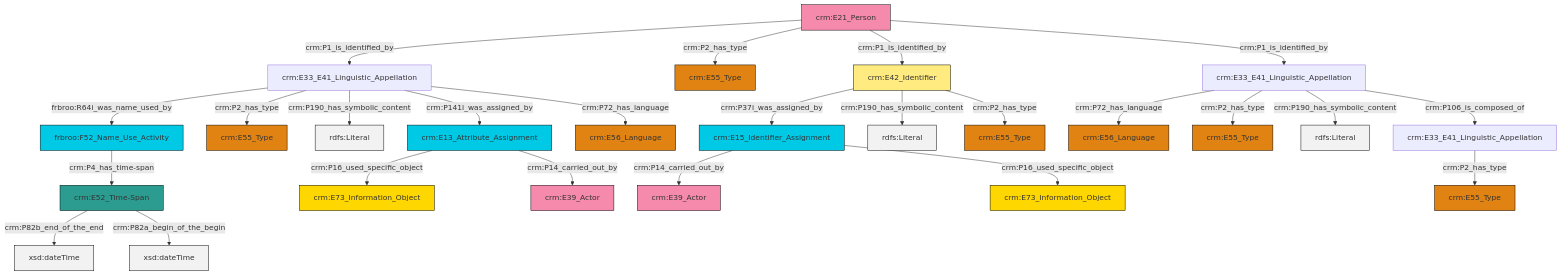
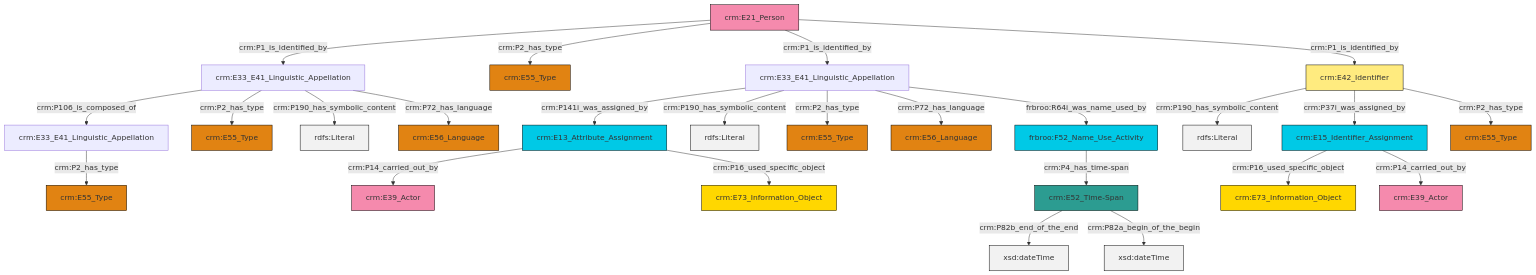
The diagram in et/personCSV/ttl/mmd/Person_Names_and_Classification.ttl.mmd (swiss-art-research-net/docs.swissartresearch), drawn with Mermaid before and after one commit. The commit also changed 173 other files, not shown here.

```diff
--- a/et/personCSV/ttl/mmd/Person_Names_and_Classification.ttl.mmd
+++ b/et/personCSV/ttl/mmd/Person_Names_and_Classification.ttl.mmd
@@ -1,39 +1,39 @@
 graph TD
 classDef Literal fill:#f2f2f2,stroke:#000000;
 classDef CRM_Entity fill:#FFFFFF,stroke:#000000;
 classDef Temporal_Entity fill:#00C9E6, stroke:#000000;
 classDef Type fill:#E18312, stroke:#000000;
 classDef Time-Span fill:#2C9C91, stroke:#000000;
 classDef Appellation fill:#FFEB7F, stroke:#000000;
 classDef Place fill:#008836, stroke:#000000;
 classDef Persistent_Item fill:#B266B2, stroke:#000000;
 classDef Conceptual_Object fill:#FFD700, stroke:#000000;
 classDef Physical_Thing fill:#D2B48C, stroke:#000000;
 classDef Actor fill:#f58aad, stroke:#000000;
 classDef PC_Classes fill:#4ce600, stroke:#000000;
 classDef Multi fill:#cccccc,stroke:#000000;
 
-0["crm:E33_E41_Linguistic_Appellation"]:::Default -->|crm:P72_has_language| 1["crm:E56_Language"]:::Type
-13["crm:E33_E41_Linguistic_Appellation"]:::Default -->|frbroo:R64i_was_name_used_by| 14["frbroo:F52_Name_Use_Activity"]:::Temporal_Entity
-15["crm:E42_Identifier"]:::Appellation -->|crm:P37i_was_assigned_by| 16["crm:E15_Identifier_Assignment"]:::Temporal_Entity
-13["crm:E33_E41_Linguistic_Appellation"]:::Default -->|crm:P2_has_type| 19["crm:E55_Type"]:::Type
-11["crm:E33_E41_Linguistic_Appellation"]:::Default -->|crm:P2_has_type| 21["crm:E55_Type"]:::Type
-0["crm:E33_E41_Linguistic_Appellation"]:::Default -->|crm:P2_has_type| 22["crm:E55_Type"]:::Type
-7["crm:E21_Person"]:::Actor -->|crm:P1_is_identified_by| 13["crm:E33_E41_Linguistic_Appellation"]:::Default
-26["crm:E52_Time-Span"]:::Time-Span -->|crm:P82b_end_of_the_end| 27[xsd:dateTime]:::Literal
-16["crm:E15_Identifier_Assignment"]:::Temporal_Entity -->|crm:P14_carried_out_by| 28["crm:E39_Actor"]:::Actor
-7["crm:E21_Person"]:::Actor -->|crm:P2_has_type| 9["crm:E55_Type"]:::Type
-13["crm:E33_E41_Linguistic_Appellation"]:::Default -->|crm:P190_has_symbolic_content| 31[rdfs:Literal]:::Literal
-16["crm:E15_Identifier_Assignment"]:::Temporal_Entity -->|crm:P16_used_specific_object| 34["crm:E73_Information_Object"]:::Conceptual_Object
-4["crm:E13_Attribute_Assignment"]:::Temporal_Entity -->|crm:P16_used_specific_object| 32["crm:E73_Information_Object"]:::Conceptual_Object
-15["crm:E42_Identifier"]:::Appellation -->|crm:P190_has_symbolic_content| 35[rdfs:Literal]:::Literal
-14["frbroo:F52_Name_Use_Activity"]:::Temporal_Entity -->|crm:P4_has_time-span| 26["crm:E52_Time-Span"]:::Time-Span
-4["crm:E13_Attribute_Assignment"]:::Temporal_Entity -->|crm:P14_carried_out_by| 37["crm:E39_Actor"]:::Actor
-7["crm:E21_Person"]:::Actor -->|crm:P1_is_identified_by| 15["crm:E42_Identifier"]:::Appellation
-7["crm:E21_Person"]:::Actor -->|crm:P1_is_identified_by| 0["crm:E33_E41_Linguistic_Appellation"]:::Default
-13["crm:E33_E41_Linguistic_Appellation"]:::Default -->|crm:P141i_was_assigned_by| 4["crm:E13_Attribute_Assignment"]:::Temporal_Entity
-0["crm:E33_E41_Linguistic_Appellation"]:::Default -->|crm:P190_has_symbolic_content| 41[rdfs:Literal]:::Literal
-15["crm:E42_Identifier"]:::Appellation -->|crm:P2_has_type| 17["crm:E55_Type"]:::Type
-0["crm:E33_E41_Linguistic_Appellation"]:::Default -->|crm:P106_is_composed_of| 11["crm:E33_E41_Linguistic_Appellation"]:::Default
-26["crm:E52_Time-Span"]:::Time-Span -->|crm:P82a_begin_of_the_begin| 46[xsd:dateTime]:::Literal
-13["crm:E33_E41_Linguistic_Appellation"]:::Default -->|crm:P72_has_language| 2["crm:E56_Language"]:::Type
+2["crm:E42_Identifier"]:::Appellation -->|crm:P190_has_symbolic_content| 4[rdfs:Literal]:::Literal
+5["crm:E21_Person"]:::Actor -->|crm:P1_is_identified_by| 6["crm:E33_E41_Linguistic_Appellation"]:::Default
+9["crm:E52_Time-Span"]:::Time-Span -->|crm:P82b_end_of_the_end| 10[xsd:dateTime]:::Literal
+5["crm:E21_Person"]:::Actor -->|crm:P2_has_type| 19["crm:E55_Type"]:::Type
+6["crm:E33_E41_Linguistic_Appellation"]:::Default -->|crm:P106_is_composed_of| 20["crm:E33_E41_Linguistic_Appellation"]:::Default
+7["crm:E33_E41_Linguistic_Appellation"]:::Default -->|crm:P141i_was_assigned_by| 23["crm:E13_Attribute_Assignment"]:::Temporal_Entity
+6["crm:E33_E41_Linguistic_Appellation"]:::Default -->|crm:P2_has_type| 24["crm:E55_Type"]:::Type
+5["crm:E21_Person"]:::Actor -->|crm:P1_is_identified_by| 7["crm:E33_E41_Linguistic_Appellation"]:::Default
+2["crm:E42_Identifier"]:::Appellation -->|crm:P37i_was_assigned_by| 25["crm:E15_Identifier_Assignment"]:::Temporal_Entity
+0["frbroo:F52_Name_Use_Activity"]:::Temporal_Entity -->|crm:P4_has_time-span| 9["crm:E52_Time-Span"]:::Time-Span
+7["crm:E33_E41_Linguistic_Appellation"]:::Default -->|crm:P190_has_symbolic_content| 27[rdfs:Literal]:::Literal
+9["crm:E52_Time-Span"]:::Time-Span -->|crm:P82a_begin_of_the_begin| 28[xsd:dateTime]:::Literal
+7["crm:E33_E41_Linguistic_Appellation"]:::Default -->|crm:P2_has_type| 11["crm:E55_Type"]:::Type
+2["crm:E42_Identifier"]:::Appellation -->|crm:P2_has_type| 15["crm:E55_Type"]:::Type
+25["crm:E15_Identifier_Assignment"]:::Temporal_Entity -->|crm:P16_used_specific_object| 32["crm:E73_Information_Object"]:::Conceptual_Object
+23["crm:E13_Attribute_Assignment"]:::Temporal_Entity -->|crm:P14_carried_out_by| 35["crm:E39_Actor"]:::Actor
+20["crm:E33_E41_Linguistic_Appellation"]:::Default -->|crm:P2_has_type| 13["crm:E55_Type"]:::Type
+23["crm:E13_Attribute_Assignment"]:::Temporal_Entity -->|crm:P16_used_specific_object| 17["crm:E73_Information_Object"]:::Conceptual_Object
+6["crm:E33_E41_Linguistic_Appellation"]:::Default -->|crm:P190_has_symbolic_content| 38[rdfs:Literal]:::Literal
+7["crm:E33_E41_Linguistic_Appellation"]:::Default -->|crm:P72_has_language| 29["crm:E56_Language"]:::Type
+5["crm:E21_Person"]:::Actor -->|crm:P1_is_identified_by| 2["crm:E42_Identifier"]:::Appellation
+25["crm:E15_Identifier_Assignment"]:::Temporal_Entity -->|crm:P14_carried_out_by| 43["crm:E39_Actor"]:::Actor
+6["crm:E33_E41_Linguistic_Appellation"]:::Default -->|crm:P72_has_language| 39["crm:E56_Language"]:::Type
+7["crm:E33_E41_Linguistic_Appellation"]:::Default -->|frbroo:R64i_was_name_used_by| 0["frbroo:F52_Name_Use_Activity"]:::Temporal_Entity
```
